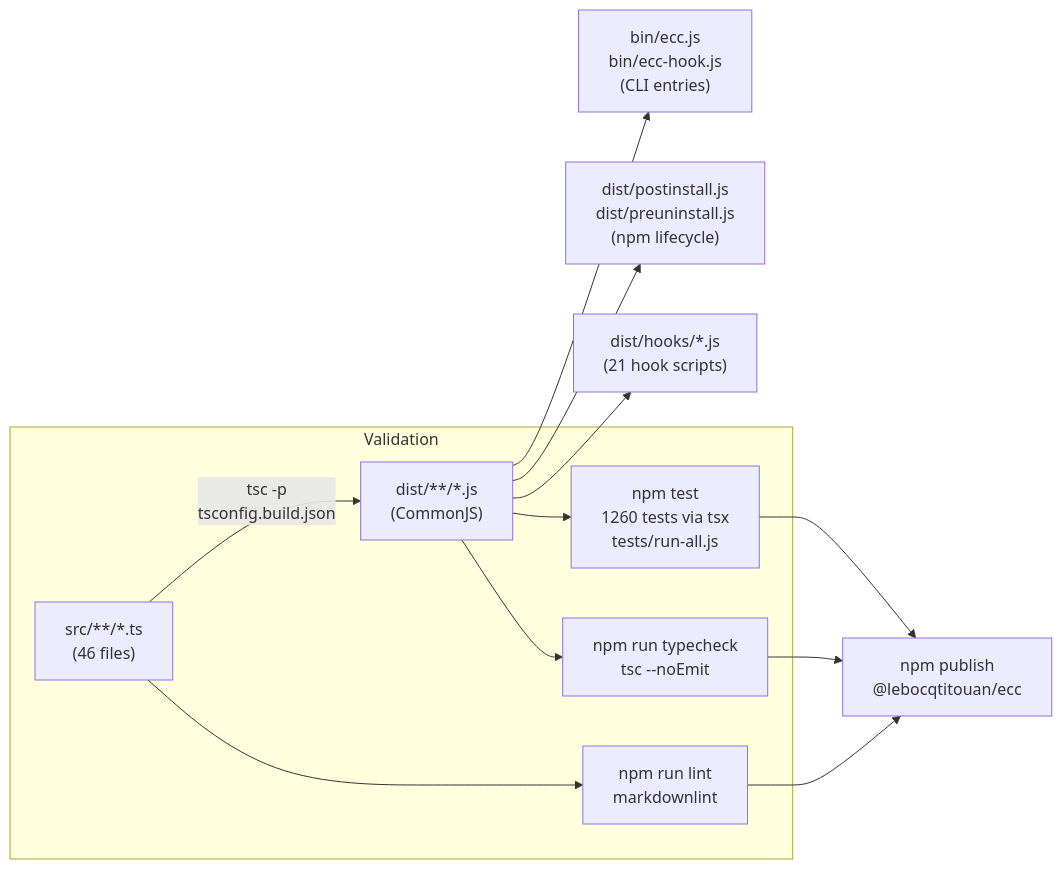
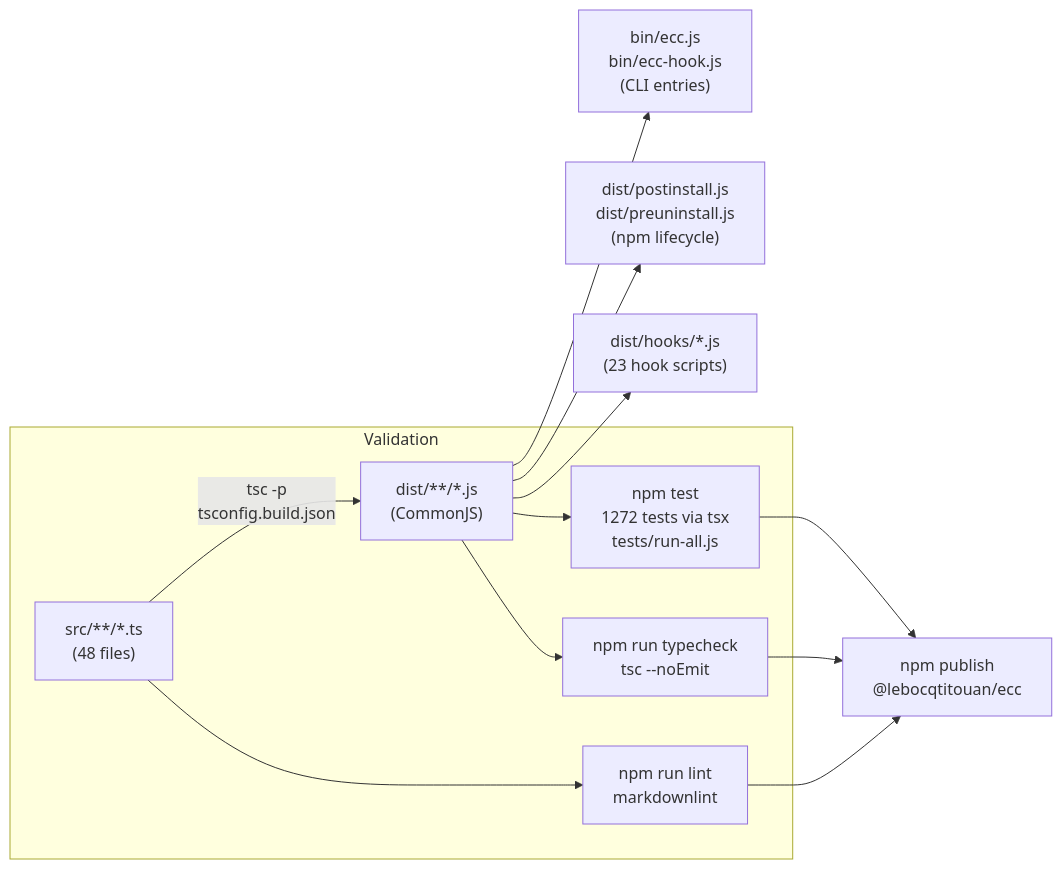
Before and after one commit to LEBOCQTitouan/everything-claude-code: the diagram in docs/diagrams/build-pipeline.md, drawn with Mermaid. The commit also changed 16 other files, not shown here.

````diff
--- a/docs/diagrams/build-pipeline.md
+++ b/docs/diagrams/build-pipeline.md
@@ -7,18 +7,18 @@
 ```mermaid
 flowchart LR
-    SRC["src/**/*.ts<br/>(46 files)"] -->|"tsc -p<br/>tsconfig.build.json"| DIST["dist/**/*.js<br/>(CommonJS)"]
+    SRC["src/**/*.ts<br/>(48 files)"] -->|"tsc -p<br/>tsconfig.build.json"| DIST["dist/**/*.js<br/>(CommonJS)"]
 
     DIST --> BIN["bin/ecc.js<br/>bin/ecc-hook.js<br/>(CLI entries)"]
     DIST --> LIFECYCLE["dist/postinstall.js<br/>dist/preuninstall.js<br/>(npm lifecycle)"]
-    DIST --> HOOKS_OUT["dist/hooks/*.js<br/>(21 hook scripts)"]
+    DIST --> HOOKS_OUT["dist/hooks/*.js<br/>(23 hook scripts)"]
 
     subgraph validation["Validation"]
-        DIST --> TEST["npm test<br/>1260 tests via tsx<br/>tests/run-all.js"]
+        DIST --> TEST["npm test<br/>1272 tests via tsx<br/>tests/run-all.js"]
         DIST --> TYPECHECK["npm run typecheck<br/>tsc --noEmit"]
         SRC --> LINT["npm run lint<br/>markdownlint"]
     end
 
     TEST --> PUBLISH["npm publish<br/>@lebocqtitouan/ecc"]
     TYPECHECK --> PUBLISH
     LINT --> PUBLISH
 ```
````
